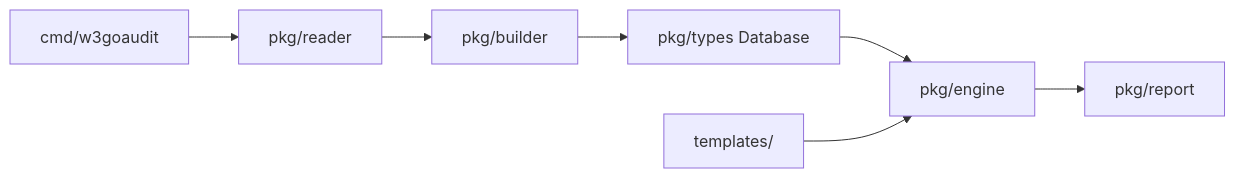
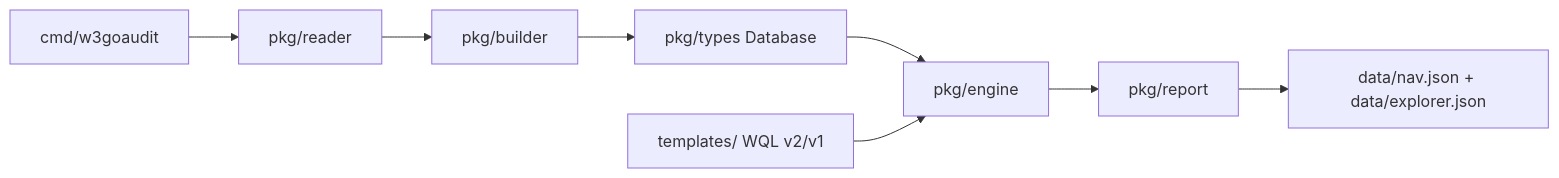
One commit to th13vn/w3goaudit changed the diagram in INDEX.md. Above: the diagram before and after it, drawn with Mermaid. The commit also changed other lines of this file and 5 other files, not shown here.

Commit message:
docs: update project/SDK/contributor docs for v0.4 (precise locations, extension data layer, WQL v2)

````diff
--- a/INDEX.md
+++ b/INDEX.md
@@ -11,9 +11,10 @@
 ```mermaid
 graph LR
     CLI[cmd/w3goaudit] --> Reader[pkg/reader]
     Reader --> Builder[pkg/builder]
     Builder --> Types[pkg/types Database]
     Types --> Engine[pkg/engine]
-    Templates[templates/] --> Engine
+    Templates[templates/ WQL v2/v1] --> Engine
     Engine --> Report[pkg/report]
+    Report --> Nav[data/nav.json + data/explorer.json]
 ```
````
